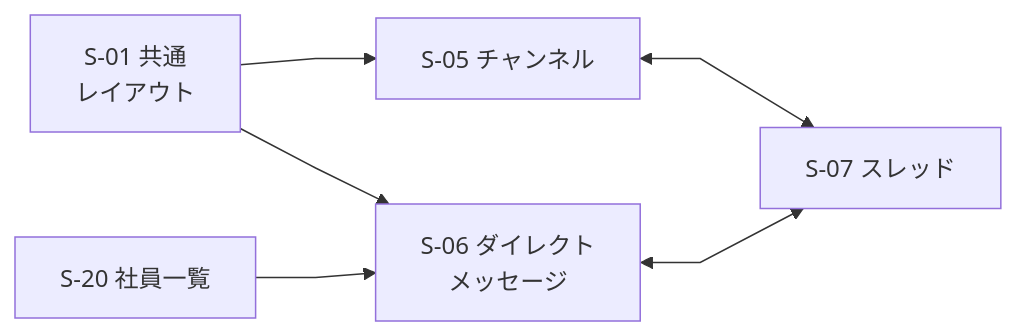
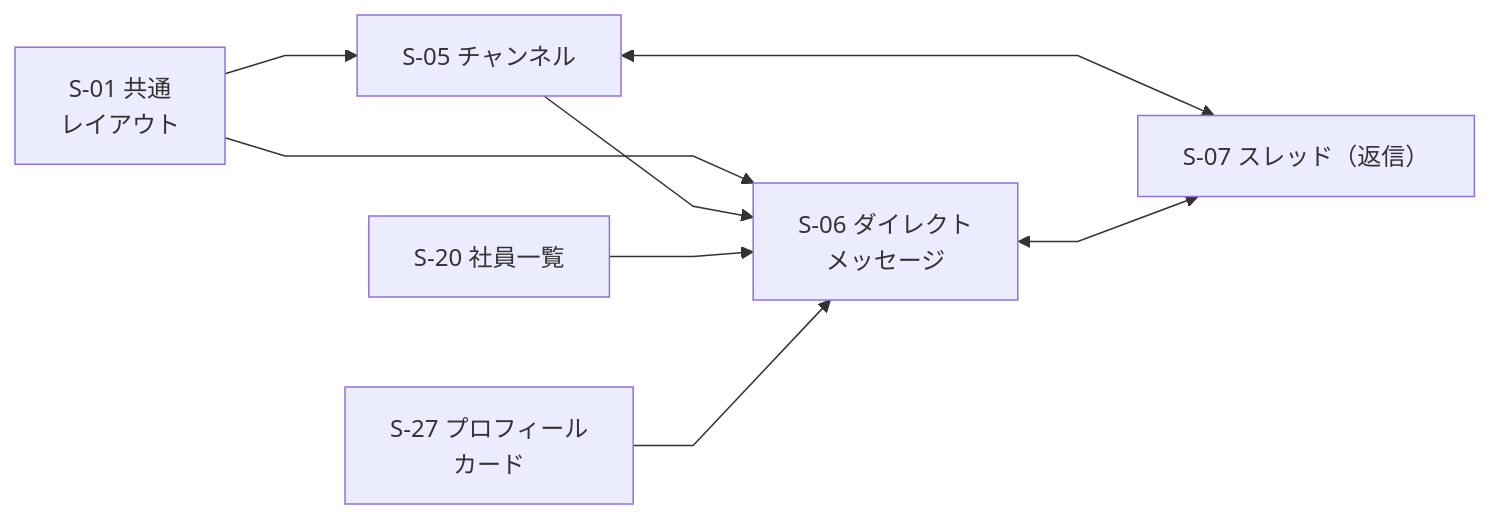
Before and after one commit to yamamotonaoki3/internal-system: the second of 13 diagrams in docs/requirements/screens.md, drawn with Mermaid. The commit also changed other lines of this file and 9 other files, not shown here.

````diff
--- a/docs/requirements/screens.md
+++ b/docs/requirements/screens.md
@@ -94,9 +98,11 @@
 ```mermaid
 %%{init: {"flowchart": {"nodeSpacing": 60, "rankSpacing": 80, "curve": "linear", "htmlLabels": true}}}%%
 flowchart LR
     S01["S-01 共通<br/>レイアウト"] --> S05["S-05 チャンネル"]
     S01 --> S06["S-06 ダイレクト<br/>メッセージ"]
+    S05 --> S06
     S20["S-20 社員一覧"] --> S06
-    S05 <--> S07["S-07 スレッド"]
+    S27["S-27 プロフィール<br/>カード"] --> S06
+    S05 <--> S07["S-07 スレッド（返信）"]
     S06 <--> S07
 ```
````
